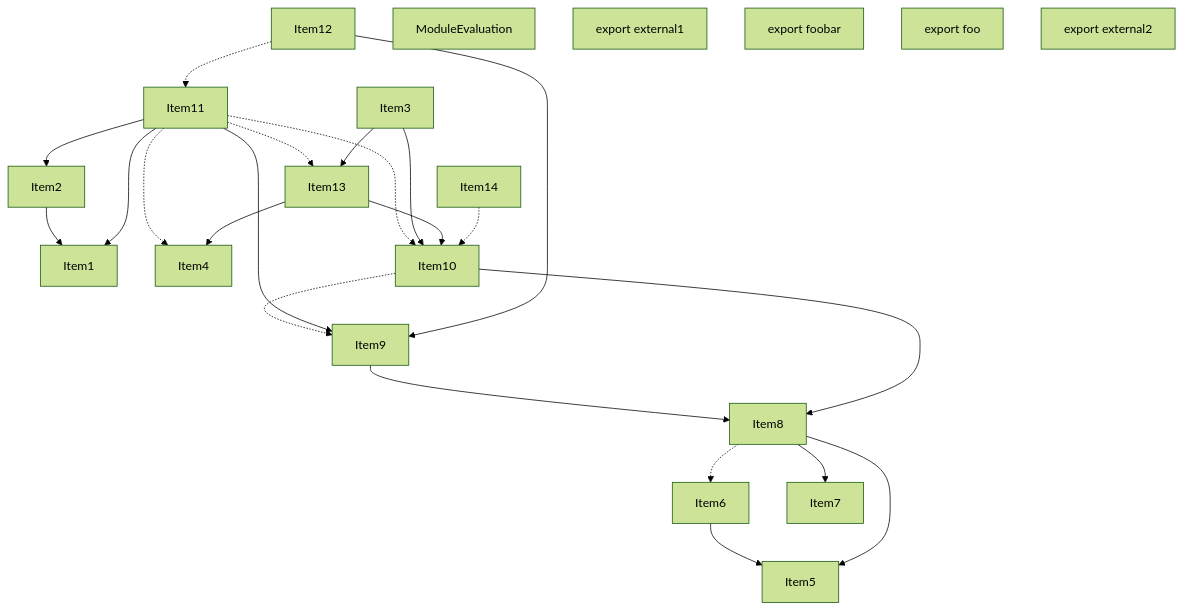
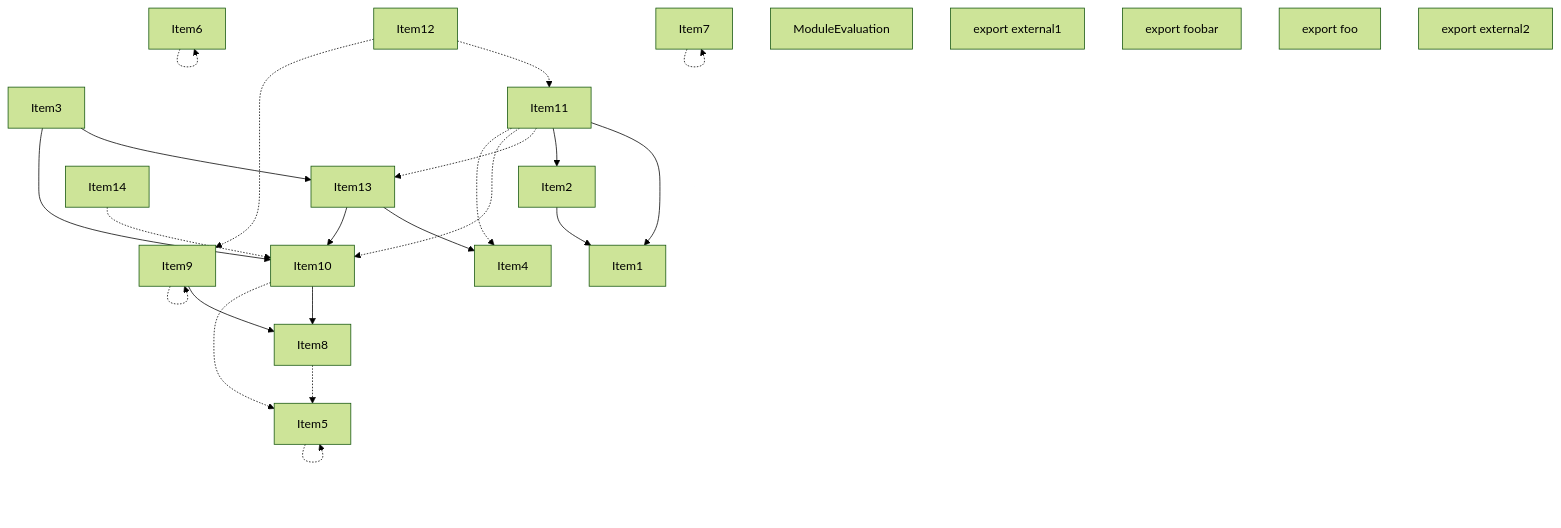
One commit to vercel/turborepo changed the third of 5 diagrams in crates/turbopack-ecmascript/tests/tree-shaker/analyzer/2/output.md. Above: the diagram before and after it, drawn with Mermaid (forest theme). The commit also changed other lines of this file and 20 other files, not shown here.

````diff
--- a/crates/turbopack-ecmascript/tests/tree-shaker/analyzer/2/output.md
+++ b/crates/turbopack-ecmascript/tests/tree-shaker/analyzer/2/output.md
@@ -233,48 +233,48 @@
 ```mermaid
 graph TD
     Item3;
     Item1;
     Item4;
     Item5;
     Item6;
     Item7;
     Item8;
     Item9;
     Item10;
     Item11;
     Item12;
     Item13;
     Item14;
     Item2;
     Item15;
     Item15["ModuleEvaluation"];
     Item16;
     Item16["export external1"];
     Item17;
     Item17["export foobar"];
     Item18;
     Item18["export foo"];
     Item19;
     Item19["export external2"];
     Item2 --> Item1;
-    Item6 --> Item5;
-    Item8 --> Item7;
-    Item8 --> Item5;
-    Item8 -.-> Item6;
+    Item5 -.-> Item5;
+    Item6 -.-> Item6;
+    Item7 -.-> Item7;
+    Item8 -.-> Item5;
     Item9 --> Item8;
+    Item9 -.-> Item9;
     Item10 --> Item8;
-    Item10 -.-> Item9;
-    Item11 --> Item9;
+    Item10 -.-> Item5;
     Item11 --> Item1;
     Item11 --> Item2;
     Item11 -.-> Item13;
     Item11 -.-> Item10;
     Item11 -.-> Item4;
-    Item12 --> Item9;
     Item12 -.-> Item11;
+    Item12 -.-> Item9;
     Item3 --> Item13;
     Item3 --> Item10;
     Item13 --> Item4;
     Item13 --> Item10;
     Item14 -.-> Item10;
 ```
````
